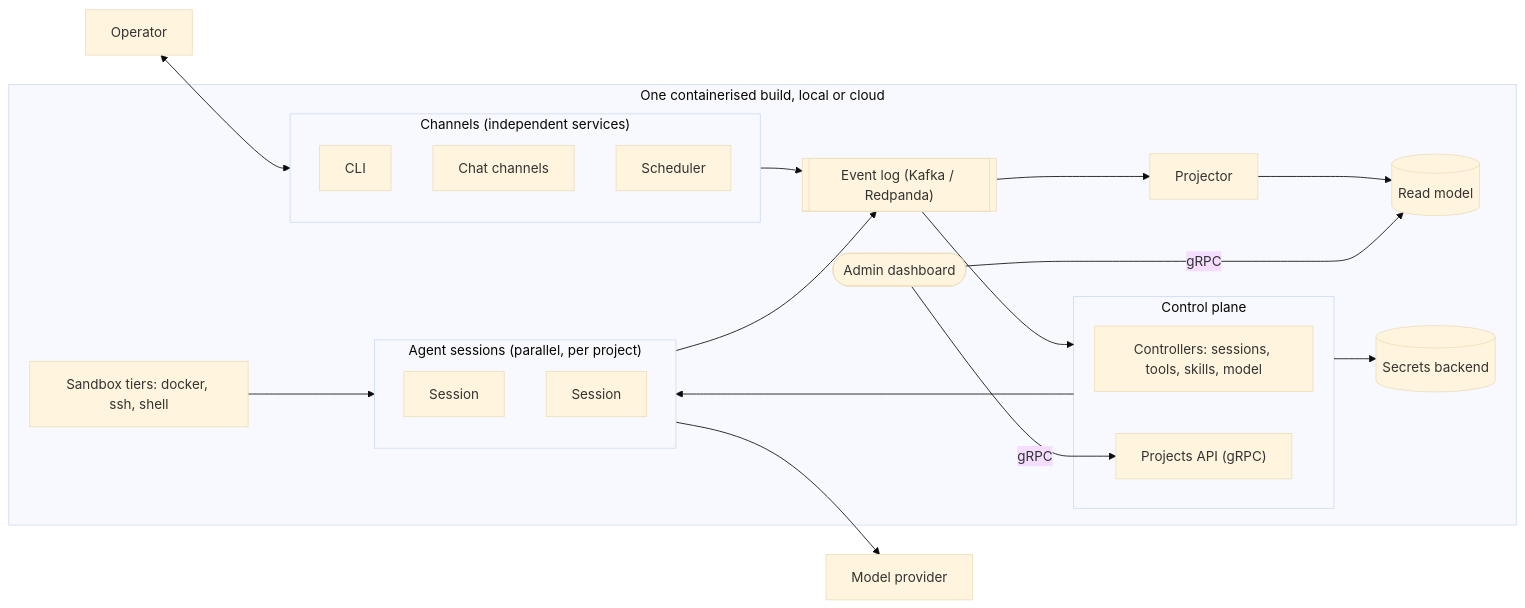
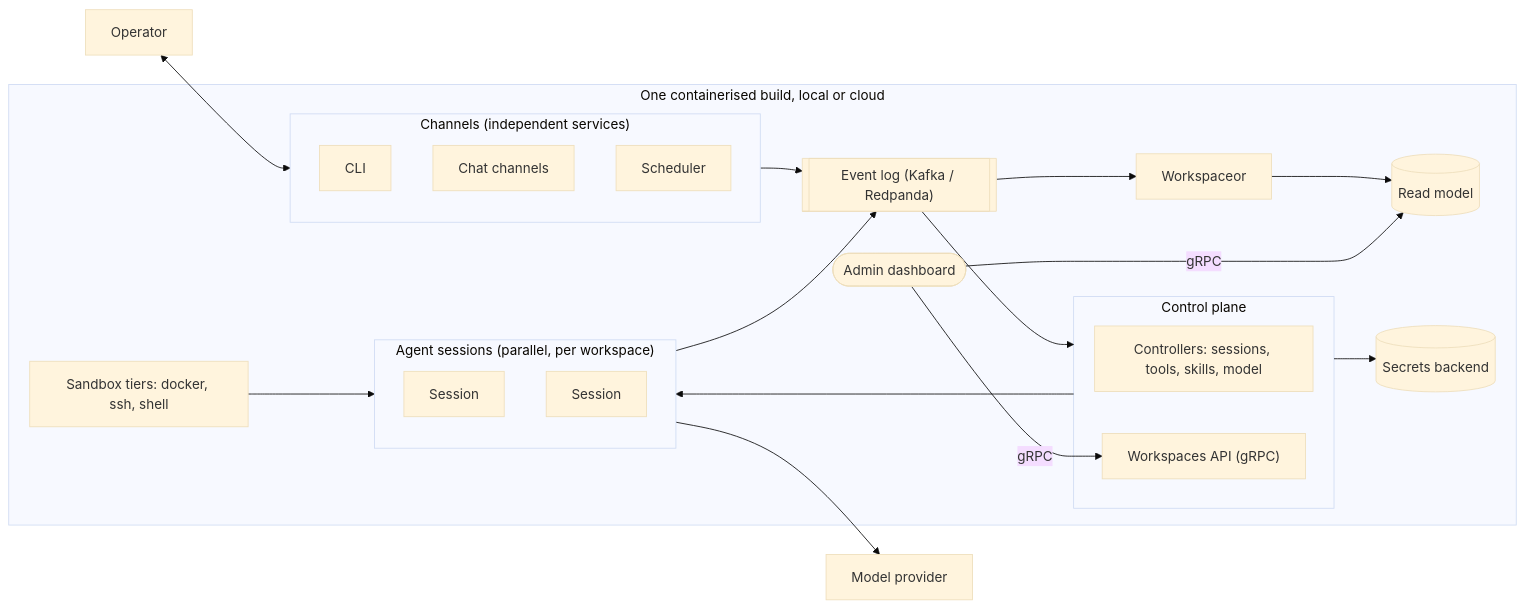
One commit to atlantic-blue/quay-crew changed the first of 4 diagrams in docs/ARCHITECTURE.md. Above: the diagram before and after it, drawn with Mermaid (base theme). The commit also changed other lines of this file and 42 other files, not shown here.

Commit message:
refactor: rename project to workspace

````diff
--- a/docs/ARCHITECTURE.md
+++ b/docs/ARCHITECTURE.md
@@ -27,38 +27,38 @@
 ```mermaid
 flowchart LR
   ACTOR["Operator"]
   subgraph RUNTIME["One containerised build, local or cloud"]
     subgraph CH["Channels (independent services)"]
       C1["CLI"]
       C2["Chat channels"]
       C3["Scheduler"]
     end
     LOG[["Event log (Kafka / Redpanda)"]]
     subgraph CP["Control plane"]
       CTRL["Controllers: sessions, tools, skills, model"]
-      PROJ["Projects API (gRPC)"]
+      PROJ["Workspaces API (gRPC)"]
     end
-    subgraph SESS["Agent sessions (parallel, per project)"]
+    subgraph SESS["Agent sessions (parallel, per workspace)"]
       S1["Session"]
       S2["Session"]
     end
     SANDBOX["Sandbox tiers: docker, ssh, shell"]
-    PROJECTOR["Projector"]
+    PROJECTOR["Workspaceor"]
     VIEW[("Read model")]
     DASH(["Admin dashboard"])
     SECRETS[("Secrets backend")]
   end
   MODEL["Model provider"]
 
   ACTOR <--> CH
   CH --> LOG
   LOG --> CP
   CP --> SESS
   SESS --> MODEL
   SANDBOX --> SESS
   SESS --> LOG
   LOG --> PROJECTOR --> VIEW
   DASH -- gRPC --> PROJ
   DASH -- gRPC --> VIEW
   CP --> SECRETS
 ```
````
